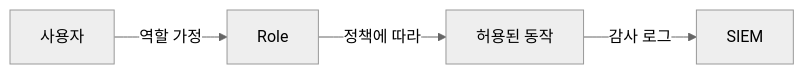
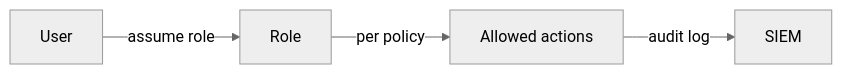
One commit to yeongseon-books/book-content changed the diagram in content/information-security-101/ko/08-least-privilege.md. Above: the diagram before and after it, drawn with Mermaid (neutral theme). The commit also changed other lines of this file and 9 other files, not shown here.

````diff
--- a/content/information-security-101/ko/08-least-privilege.md
+++ b/content/information-security-101/ko/08-least-privilege.md
@@ -36,6 +50,6 @@
 ```mermaid
 flowchart LR
-    U["사용자"] -->|"역할 가정"| R["Role"]
-    R -->|"정책에 따라"| A["허용된 동작"]
-    A -->|"감사 로그"| L["SIEM"]
+    U["User"] -->|"assume role"| R["Role"]
+    R -->|"per policy"| A["Allowed actions"]
+    A -->|"audit log"| L["SIEM"]
 ```
````
